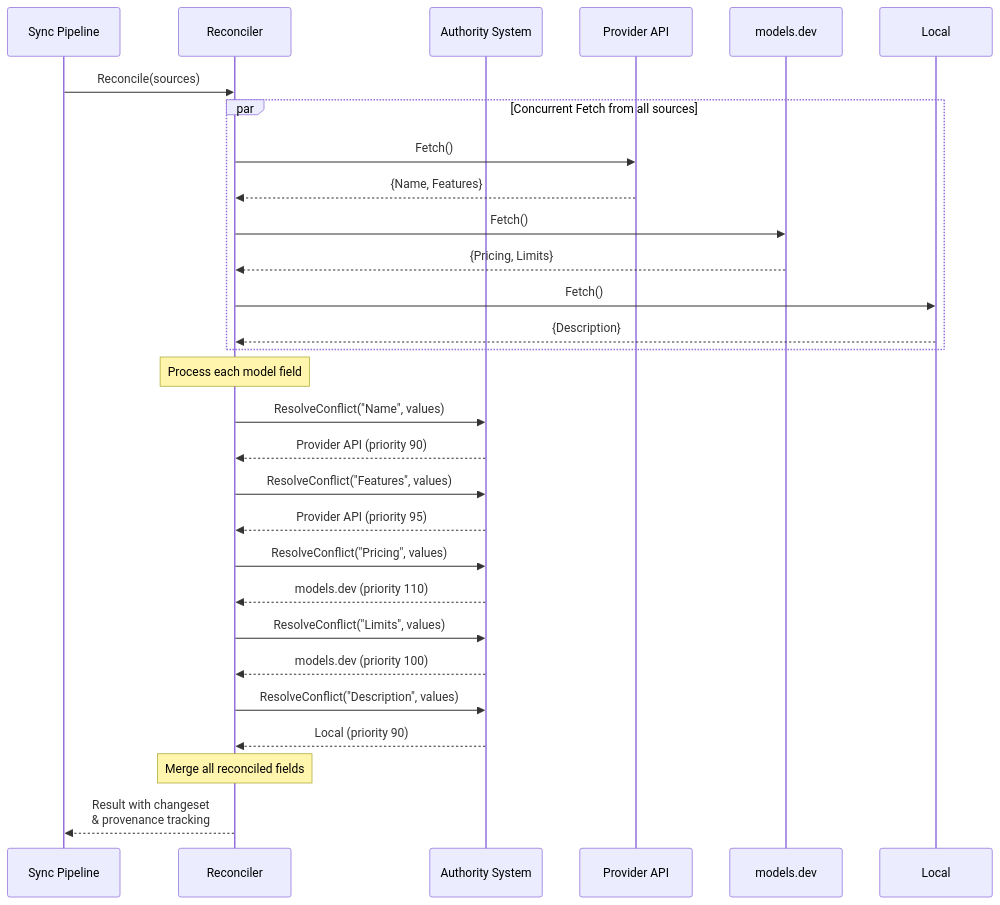
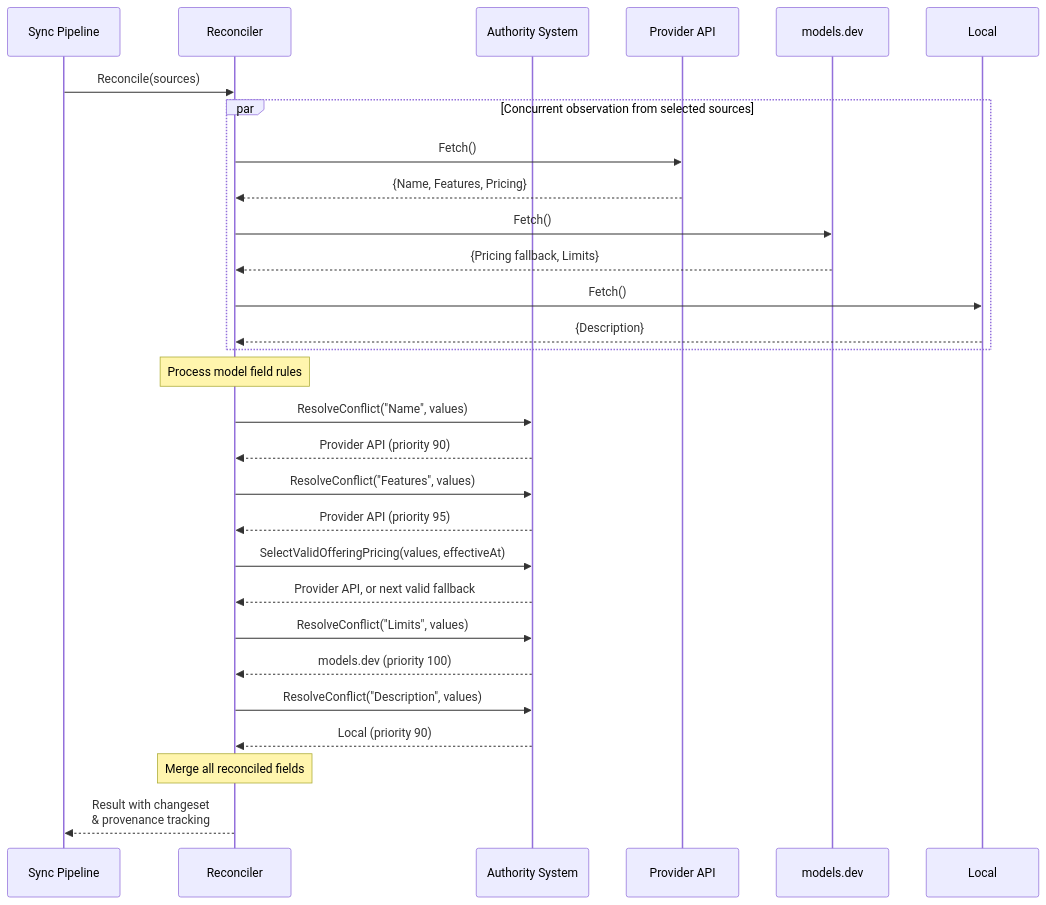
The sixth of 8 diagrams in docs/ARCHITECTURE.md (agentstation/starmap), drawn with Mermaid before and after one commit. The commit also changed other lines of this file and 541 other files, not shown here.

````diff
--- a/docs/ARCHITECTURE.md
+++ b/docs/ARCHITECTURE.md
@@ -845,41 +1287,41 @@
 ```mermaid
 sequenceDiagram
     participant Sync as Sync Pipeline
     participant Rec as Reconciler
     participant Auth as Authority System
     participant P as Provider API
     participant M as models.dev
     participant L as Local
 
     Sync->>Rec: Reconcile(sources)
 
-    par Concurrent Fetch from all sources
+    par Concurrent observation from selected sources
         Rec->>P: Fetch()
-        P-->>Rec: {Name, Features}
+        P-->>Rec: {Name, Features, Pricing}
         Rec->>M: Fetch()
-        M-->>Rec: {Pricing, Limits}
+        M-->>Rec: {Pricing fallback, Limits}
         Rec->>L: Fetch()
         L-->>Rec: {Description}
     end
 
-    Note over Rec: Process each model field
+    Note over Rec: Process model field rules
 
     Rec->>Auth: ResolveConflict("Name", values)
     Auth-->>Rec: Provider API (priority 90)
 
     Rec->>Auth: ResolveConflict("Features", values)
     Auth-->>Rec: Provider API (priority 95)
 
-    Rec->>Auth: ResolveConflict("Pricing", values)
-    Auth-->>Rec: models.dev (priority 110)
+    Rec->>Auth: SelectValidOfferingPricing(values, effectiveAt)
+    Auth-->>Rec: Provider API, or next valid fallback
 
     Rec->>Auth: ResolveConflict("Limits", values)
     Auth-->>Rec: models.dev (priority 100)
 
     Rec->>Auth: ResolveConflict("Description", values)
     Auth-->>Rec: Local (priority 90)
 
     Note over Rec: Merge all reconciled fields
 
     Rec-->>Sync: Result with changeset<br/>& provenance tracking
 ```
````
